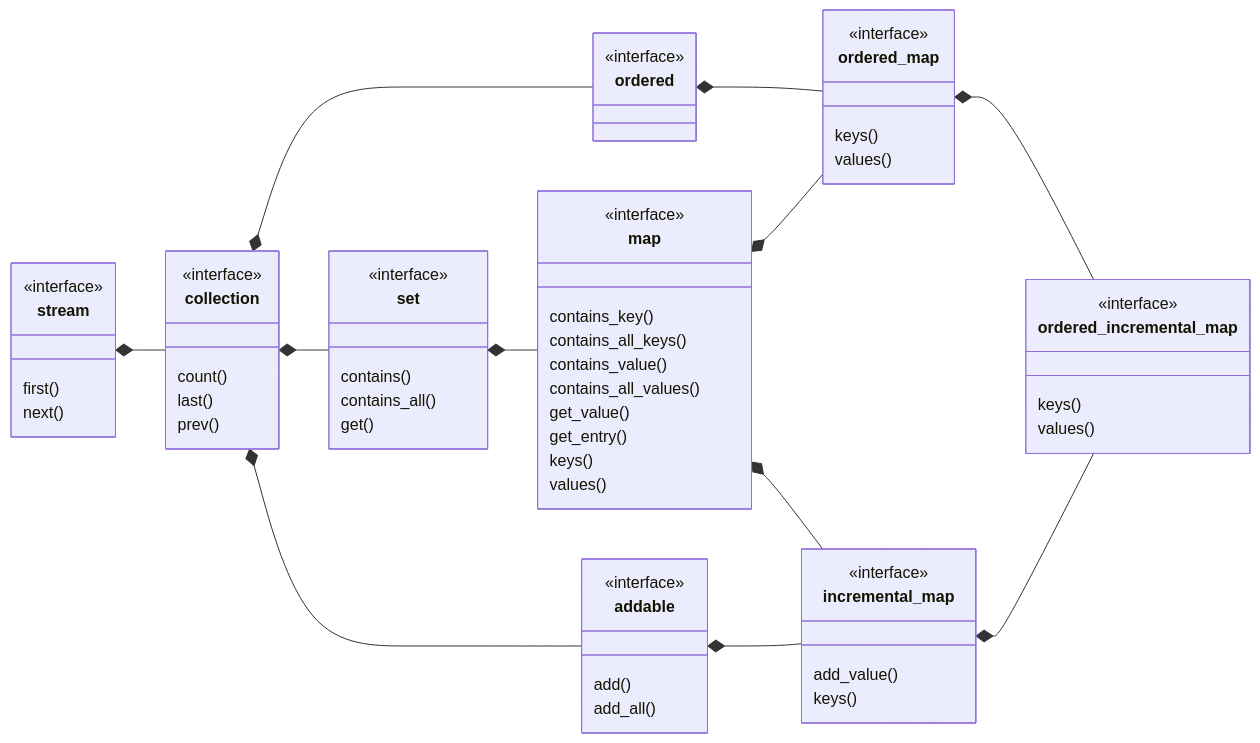
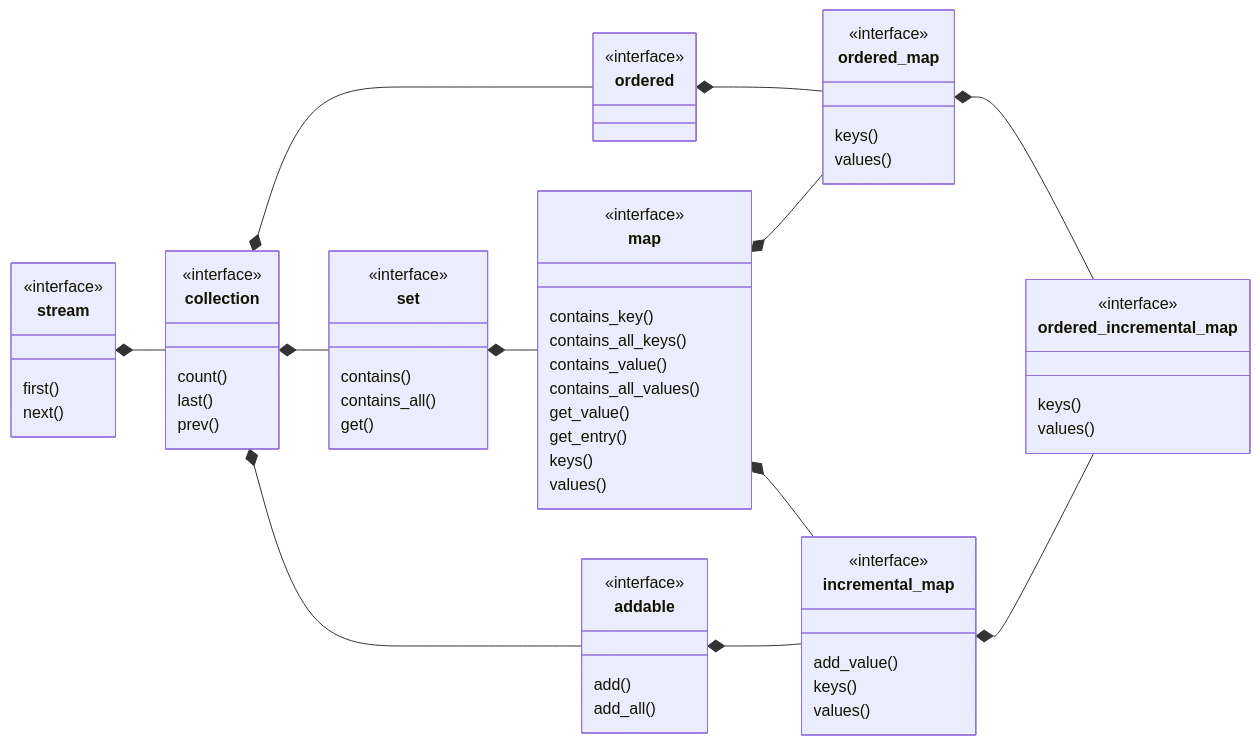
The diagram in doc/ordered_incremental_map.md (pretore/aquarium-butterflyfish), drawn with Mermaid before and after one commit. The commit also changed 17 other files, not shown here.

````diff
--- a/doc/ordered_incremental_map.md
+++ b/doc/ordered_incremental_map.md
@@ -3,65 +3,66 @@
 ```mermaid
 classDiagram
     direction LR
     class stream {
         first()
         next()
     }
     <<interface>> stream
     class collection {
         count()
         last()
         prev()
     }
     <<interface>> collection
     stream *-- collection
     class ordered
     <<interface>> ordered
     collection *-- ordered
     class set {
         contains()
         contains_all()
         get()
     }
     <<interface>> set
     collection *-- set
     class addable {
         add()
         add_all()      
     }
     <<interface>> addable
     collection *-- addable
     class map {
         contains_key()
         contains_all_keys()
         contains_value()
         contains_all_values()
         get_value()
         get_entry()
         keys()
         values()
     }
     <<interface>> map
     set *-- map
     class incremental_map {
         add_value()
         keys()
+        values()
     }
     <<interface>> incremental_map
     map *-- incremental_map
     addable *-- incremental_map
     class ordered_map {
         keys()
         values()
     }
     <<interface>> ordered_map
     ordered *-- ordered_map
     map *-- ordered_map
     class ordered_incremental_map {
         keys()
         values()
     }
     <<interface>> ordered_incremental_map
     ordered_map *-- ordered_incremental_map
     incremental_map *-- ordered_incremental_map
 ```
````
